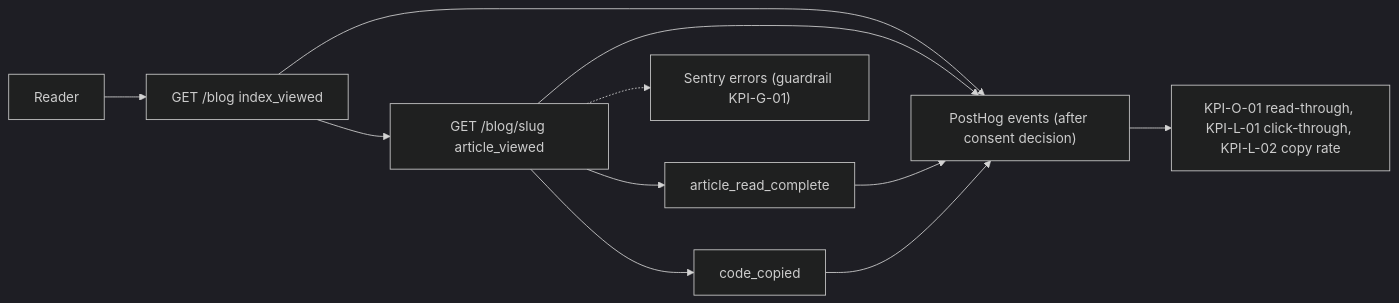
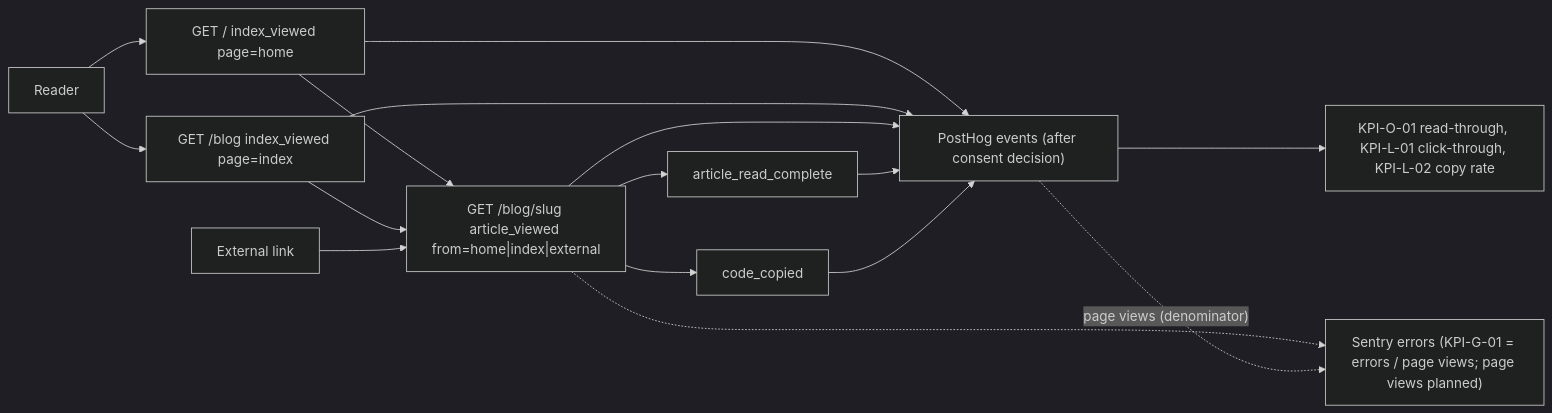
One commit to bookchaowalit-website/content-techblog-web changed the second of 2 diagrams in docs/diagrams/01-business-process.md. Above: the diagram before and after it, drawn with Mermaid (dark theme). The commit also changed other lines of this file, not shown here.

````diff
--- a/docs/diagrams/01-business-process.md
+++ b/docs/diagrams/01-business-process.md
@@ -42,13 +46,18 @@
 ```mermaid
 flowchart LR
-  R["Reader"] --> IDX["GET /blog index_viewed"]
-  IDX --> ART["GET /blog/slug article_viewed"]
+  R["Reader"] --> HOME["GET / index_viewed page=home"]
+  R --> IDX["GET /blog index_viewed page=index"]
+  HOME --> ART["GET /blog/slug article_viewed from=home|index|external"]
+  IDX --> ART
+  EXT["External link"] --> ART
   ART --> DONE["article_read_complete"]
   ART --> COPY["code_copied"]
-  IDX --> PH["PostHog events (after consent decision)"]
+  HOME --> PH["PostHog events (after consent decision)"]
+  IDX --> PH
   ART --> PH
   DONE --> PH
   COPY --> PH
   PH --> KPI["KPI-O-01 read-through, KPI-L-01 click-through, KPI-L-02 copy rate"]
-  ART -.-> SENTRY["Sentry errors (guardrail KPI-G-01)"]
+  ART -.-> SENTRY["Sentry errors (KPI-G-01 = errors / page views; page views planned)"]
+  PH -.->|"page views (denominator)"| SENTRY
 ```
````
